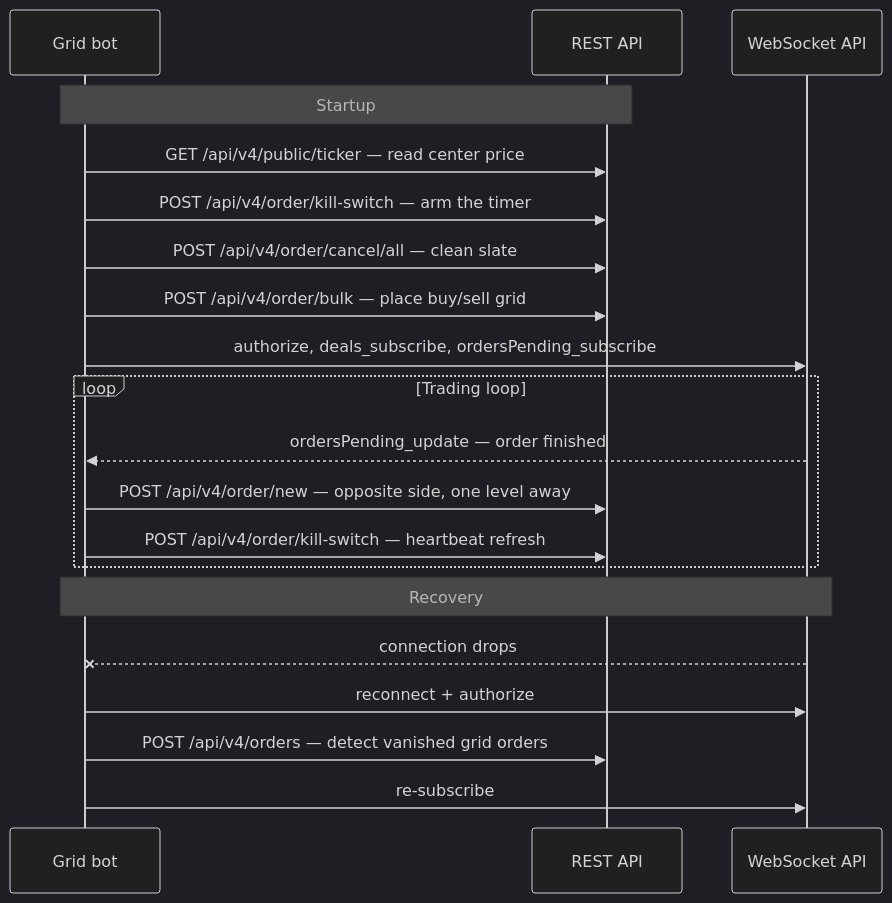
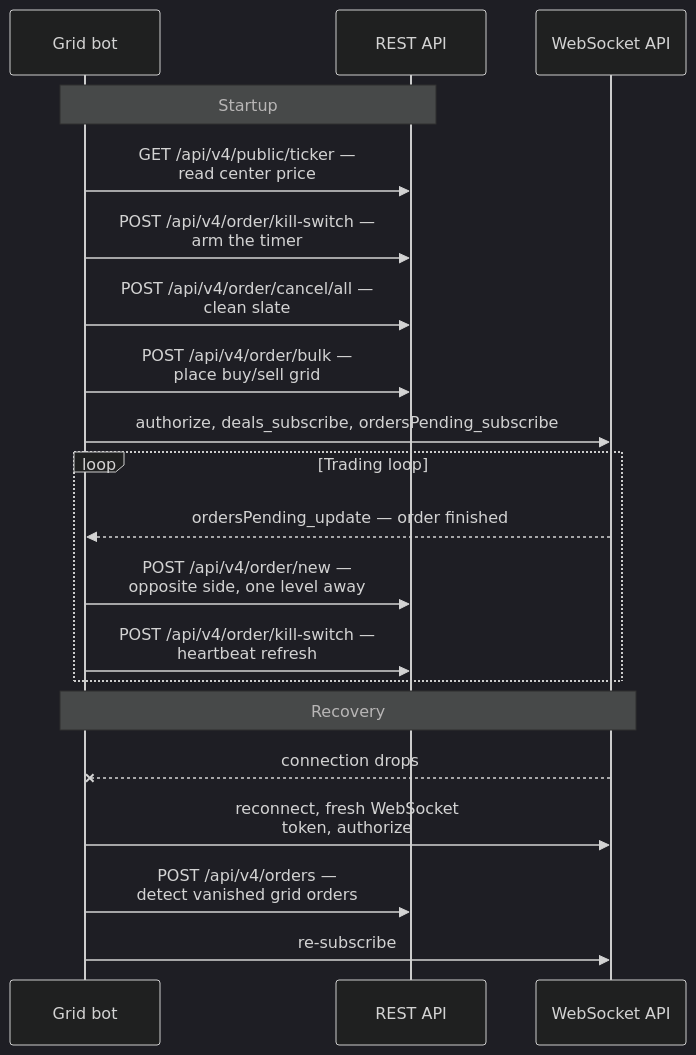
One commit to whitebit-exchange/docs changed the diagram in guides/building-a-trading-bot.mdx. Above: the diagram before and after it, drawn with Mermaid (dark theme). The commit also changed 7 other files, not shown here.

Commit message:
fix(guide): align withdrawal status actions and fix drifted diagrams

````diff
--- a/guides/building-a-trading-bot.mdx
+++ b/guides/building-a-trading-bot.mdx
@@ -624,25 +624,25 @@
 ```mermaid
 sequenceDiagram
     participant Bot as Grid bot
     participant REST as REST API
     participant WS as WebSocket API
 
     Note over Bot,REST: Startup
-    Bot->>REST: GET /api/v4/public/ticker — read center price
-    Bot->>REST: POST /api/v4/order/kill-switch — arm the timer
-    Bot->>REST: POST /api/v4/order/cancel/all — clean slate
-    Bot->>REST: POST /api/v4/order/bulk — place buy/sell grid
+    Bot->>REST: GET /api/v4/public/ticker —<br/>read center price
+    Bot->>REST: POST /api/v4/order/kill-switch —<br/>arm the timer
+    Bot->>REST: POST /api/v4/order/cancel/all —<br/>clean slate
+    Bot->>REST: POST /api/v4/order/bulk —<br/>place buy/sell grid
     Bot->>WS: authorize, deals_subscribe, ordersPending_subscribe
 
     loop Trading loop
         WS-->>Bot: ordersPending_update — order finished
-        Bot->>REST: POST /api/v4/order/new — opposite side, one level away
-        Bot->>REST: POST /api/v4/order/kill-switch — heartbeat refresh
+        Bot->>REST: POST /api/v4/order/new —<br/>opposite side, one level away
+        Bot->>REST: POST /api/v4/order/kill-switch —<br/>heartbeat refresh
     end
 
     Note over Bot,WS: Recovery
     WS--xBot: connection drops
-    Bot->>WS: reconnect + authorize
-    Bot->>REST: POST /api/v4/orders — detect vanished grid orders
+    Bot->>WS: reconnect, fresh WebSocket<br/>token, authorize
+    Bot->>REST: POST /api/v4/orders —<br/>detect vanished grid orders
     Bot->>WS: re-subscribe
 ```
````
